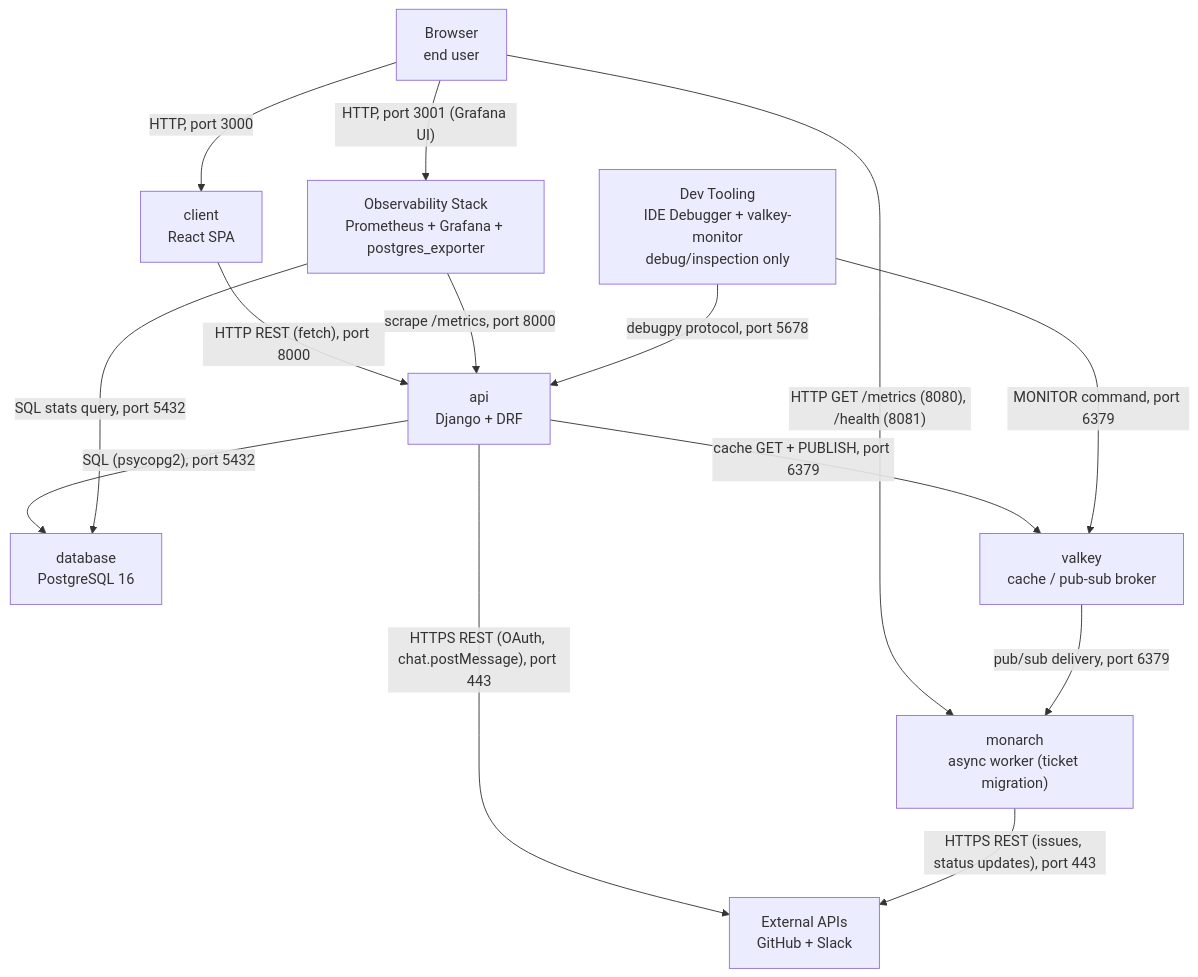
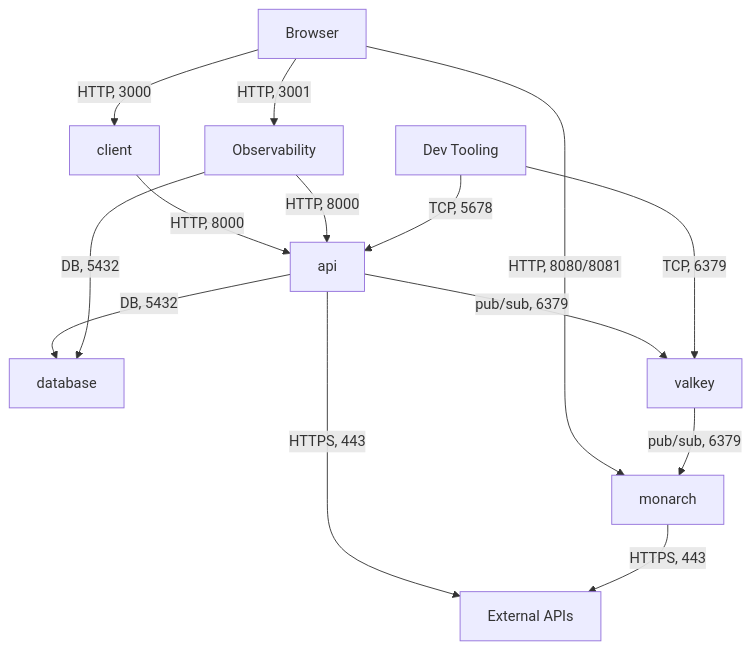
Before and after one commit to DarrenRaines-K9/learn-ops-infrastructure: the diagram in system-map-ai.md, drawn with Mermaid. The commit also changed other lines of this file and 1 other file, not shown here.

Commit message:
updated map

````diff
--- a/system-map-ai.md
+++ b/system-map-ai.md
@@ -5,26 +5,26 @@
 ```mermaid
 flowchart TD
-    Browser["Browser<br/>end user"]
-    DevTooling["Dev Tooling<br/>IDE Debugger + valkey-monitor<br/>debug/inspection only"]
-    client["client<br/>React SPA"]
-    api["api<br/>Django + DRF"]
-    database["database<br/>PostgreSQL 16"]
-    valkey["valkey<br/>cache / pub-sub broker"]
-    monarch["monarch<br/>async worker (ticket migration)"]
-    Observability["Observability Stack<br/>Prometheus + Grafana + postgres_exporter"]
-    ExternalAPIs["External APIs<br/>GitHub + Slack"]
+    Browser["Browser"]
+    DevTooling["Dev Tooling"]
+    client["client"]
+    api["api"]
+    database["database"]
+    valkey["valkey"]
+    monarch["monarch"]
+    Observability["Observability"]
+    ExternalAPIs["External APIs"]
 
-    Browser -->|"HTTP, port 3000"| client
-    Browser -->|"HTTP, port 3001 (Grafana UI)"| Observability
-    Browser -->|"HTTP GET /metrics (8080), /health (8081)"| monarch
-    client -->|"HTTP REST (fetch), port 8000"| api
-    api -->|"SQL (psycopg2), port 5432"| database
-    api -->|"cache GET + PUBLISH, port 6379"| valkey
-    valkey -->|"pub/sub delivery, port 6379"| monarch
-    api -->|"HTTPS REST (OAuth, chat.postMessage), port 443"| ExternalAPIs
-    monarch -->|"HTTPS REST (issues, status updates), port 443"| ExternalAPIs
-    Observability -->|"scrape /metrics, port 8000"| api
-    Observability -->|"SQL stats query, port 5432"| database
-    DevTooling -->|"debugpy protocol, port 5678"| api
-    DevTooling -->|"MONITOR command, port 6379"| valkey
+    Browser -->|"HTTP, 3000"| client
+    Browser -->|"HTTP, 3001"| Observability
+    Browser -->|"HTTP, 8080/8081"| monarch
+    client -->|"HTTP, 8000"| api
+    api -->|"DB, 5432"| database
+    api -->|"pub/sub, 6379"| valkey
+    valkey -->|"pub/sub, 6379"| monarch
+    api -->|"HTTPS, 443"| ExternalAPIs
+    monarch -->|"HTTPS, 443"| ExternalAPIs
+    Observability -->|"HTTP, 8000"| api
+    Observability -->|"DB, 5432"| database
+    DevTooling -->|"TCP, 5678"| api
+    DevTooling -->|"TCP, 6379"| valkey
 ```
````
